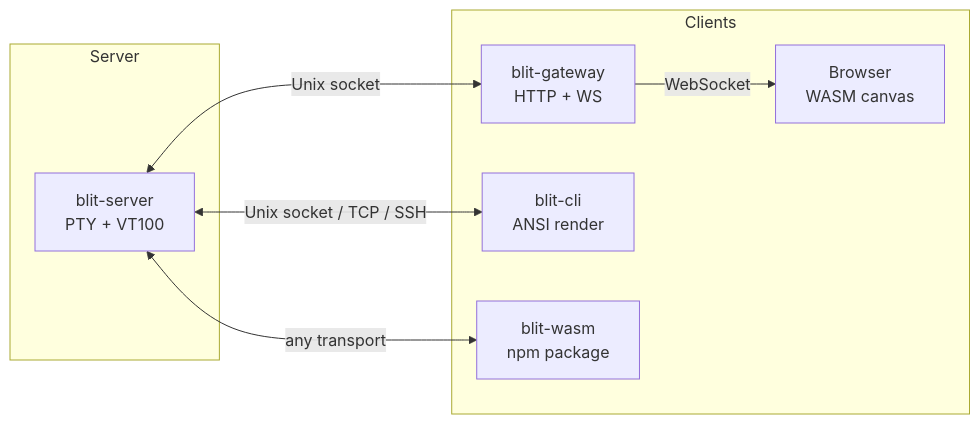
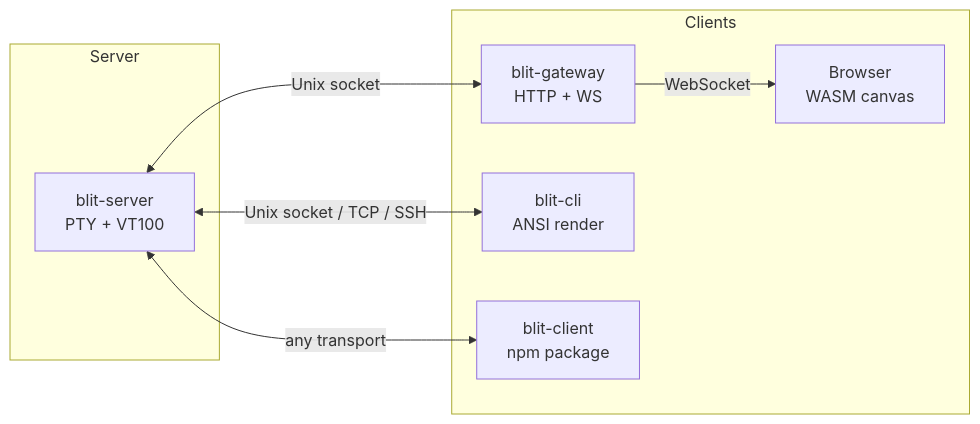
The diagram in README.md (indent-com/blit), drawn with Mermaid before and after one commit. The commit also changed other lines of this file and 3 other files, not shown here.

````diff
--- a/README.md
+++ b/README.md
@@ -9,16 +9,16 @@
 ```mermaid
 graph LR
     subgraph Server
         S[blit-server<br/>PTY + VT100]
     end
 
     subgraph Clients
         G[blit-gateway<br/>HTTP + WS] -->|WebSocket| B[Browser<br/>WASM canvas]
         C[blit-cli<br/>ANSI render]
-        W[blit-wasm<br/>npm package]
+        W[blit-client<br/>npm package]
     end
 
     S <-->|Unix socket| G
     S <-->|Unix socket / TCP / SSH| C
     S <-->|any transport| W
 ```
````
